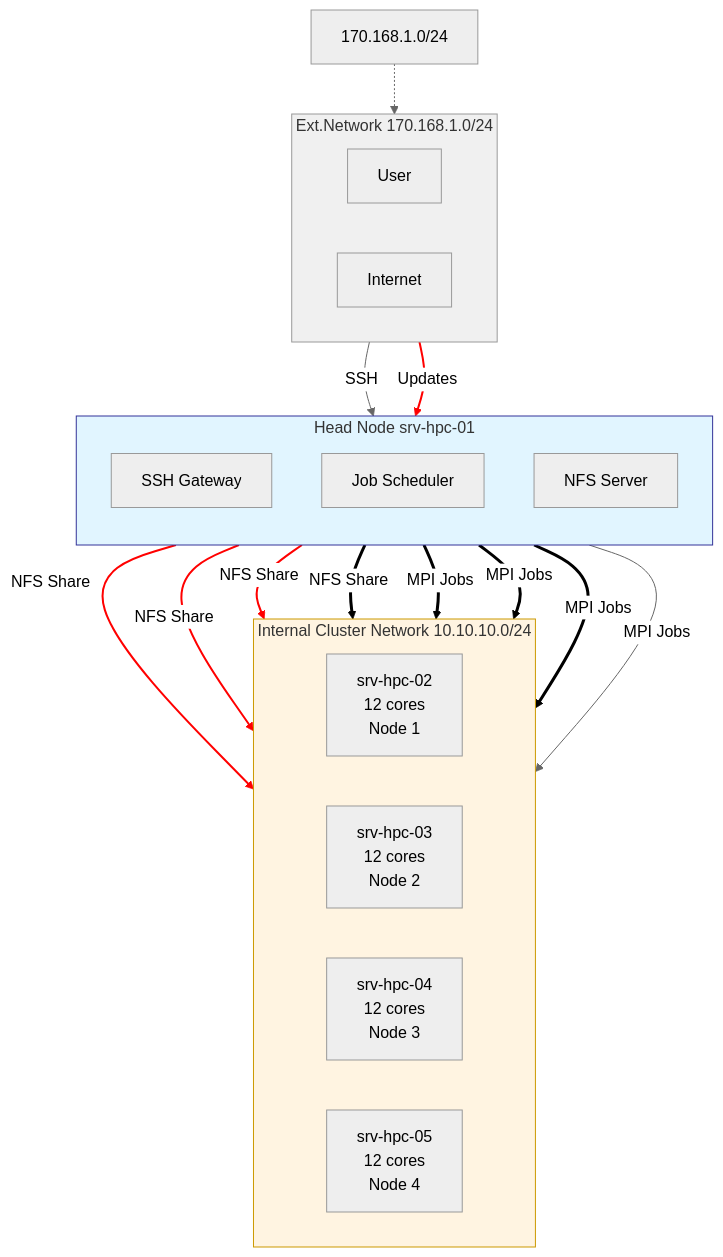
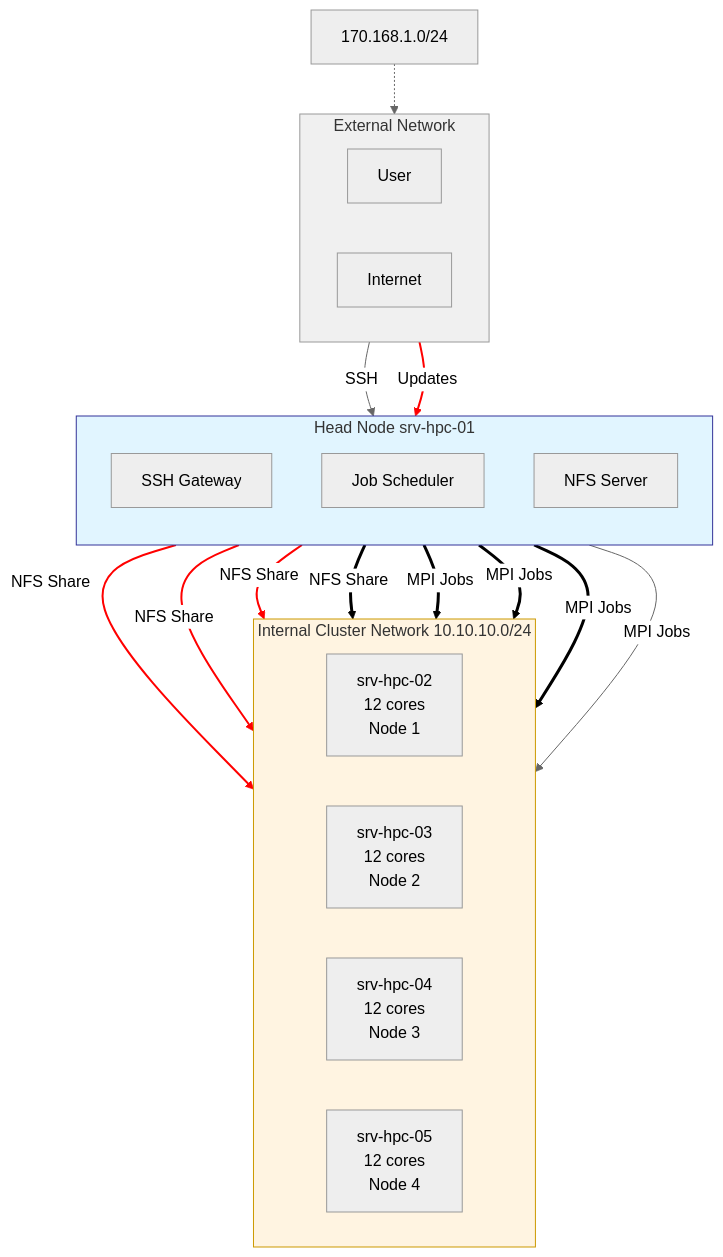
One commit to maltsev-andrey/hpc-cluster-slurm-mpi changed the diagram in README.md. Above: the diagram before and after it, drawn with Mermaid (neutral theme).

````diff
--- a/README.md
+++ b/README.md
@@ -44,54 +44,54 @@
 ```mermaid
 graph TB
     %% External network
-    subgraph EXT["Ext.Network 170.168.1.0/24"]
+    subgraph EXT["External Network"]
         direction LR
         User[User]
         Internet[Internet]
     end
 
     Note1["170.168.1.0/24"]
     Note1 -.-> EXT
 
     %% Head node
     subgraph HEAD["Head Node srv-hpc-01"]
         direction TB
         SSH[SSH Gateway]
         Scheduler[Job Scheduler]
         NFS[NFS Server]
     end
 
     %% Internal cluster network
     subgraph INT["Internal Cluster Network 10.10.10.0/24"]
         direction LR
         CN1["srv-hpc-02<br/>12 cores<br/>Node 1"]
         CN2["srv-hpc-03<br/>12 cores<br/>Node 2"]
         CN3["srv-hpc-04<br/>12 cores<br/>Node 3"]
         CN4["srv-hpc-05<br/>12 cores<br/>Node 4"]
     end
 
     %% Connections - order matters for linkStyle
     User -->|SSH| SSH
     Internet -->|Updates| HEAD
     NFS -->|NFS Share| CN1
     NFS -->|NFS Share| CN2
     NFS -->|NFS Share| CN3
     NFS -->|NFS Share| CN4
     Scheduler -->|MPI Jobs| CN1
     Scheduler -->|MPI Jobs| CN2
     Scheduler -->|MPI Jobs| CN3
     Scheduler -->|MPI Jobs| CN4
 
     %% Link styles - links are numbered 0,1,2,3... in order of appearance
     %% Links 0,1: SSH and Updates
     %% Links 2,3,4,5: NFS Share - RED
     %% Links 6,7,8,9: MPI Jobs - BOLD BLACK
     linkStyle 2,3,4,5 stroke:#ff0000,stroke-width:2px
     linkStyle 6,7,8,9 stroke:#000000,stroke-width:3px
 
     %% Styles
     style EXT fill:#f0f0f0,stroke:#999,stroke-width:1px
     style HEAD fill:#e1f5ff,stroke:#339,stroke-width:1px
     style INT fill:#fff4e1,stroke:#c90,stroke-width:1px
 
 ```
````
